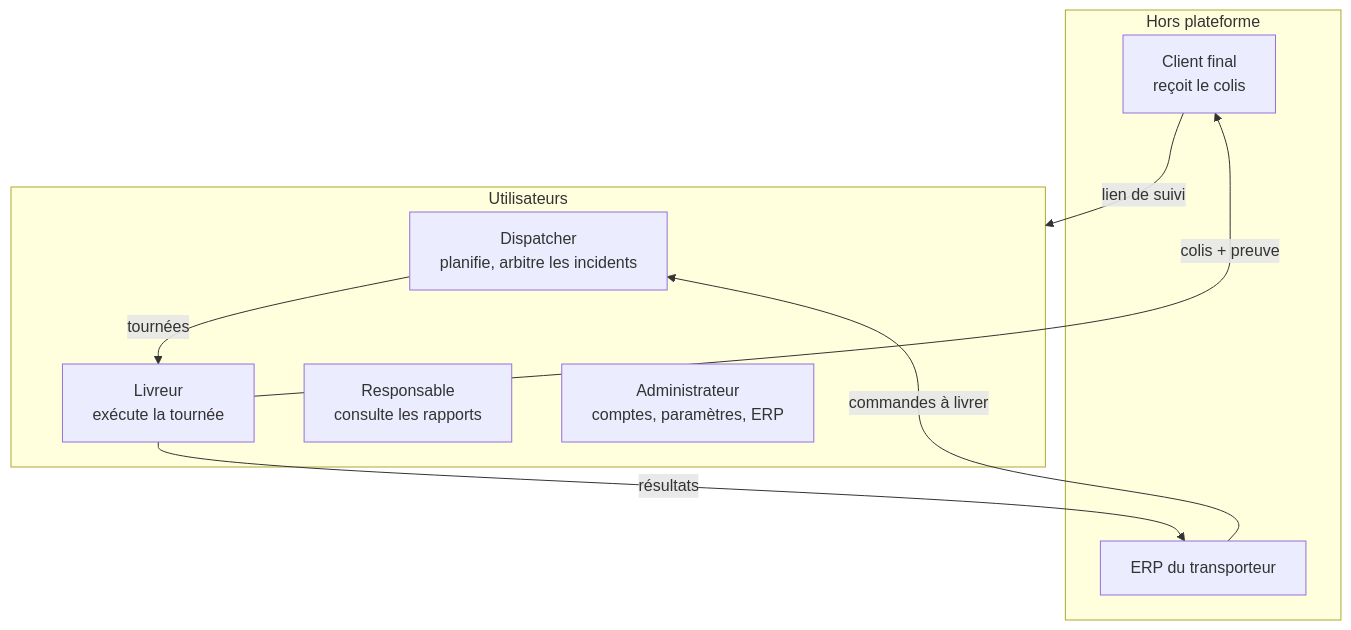
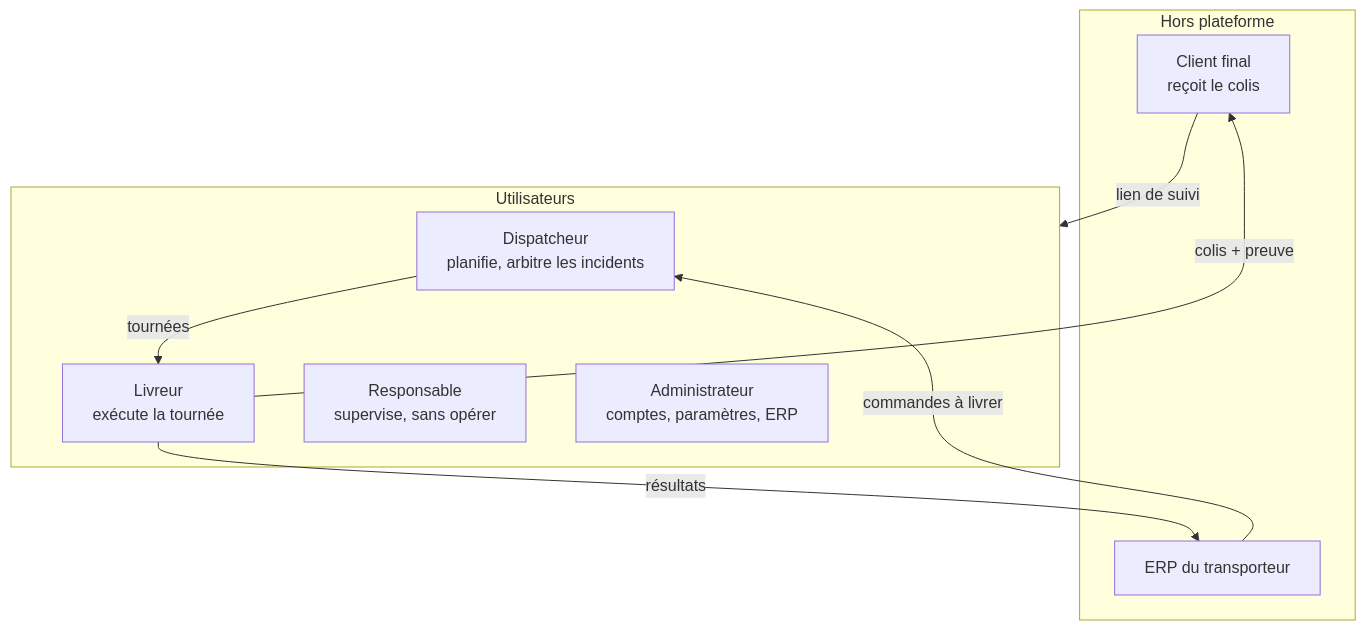
The third of 3 diagrams in docs/projet/contexte.md (Moaziz667/asm-track), drawn with Mermaid before and after one commit. The commit also changed other lines of this file and 11 other files, not shown here.

````diff
--- a/docs/projet/contexte.md
+++ b/docs/projet/contexte.md
@@ -78,19 +78,19 @@
 ```mermaid
 flowchart TB
     subgraph Ext["Hors plateforme"]
         C["Client final<br/>reçoit le colis"]
         E["ERP du transporteur"]
     end
     subgraph Int["Utilisateurs"]
-        D["Dispatcher<br/>planifie, arbitre les incidents"]
+        D["Dispatcheur<br/>planifie, arbitre les incidents"]
         L["Livreur<br/>exécute la tournée"]
-        M["Responsable<br/>consulte les rapports"]
+        M["Responsable<br/>supervise, sans opérer"]
         A["Administrateur<br/>comptes, paramètres, ERP"]
     end
 
     E -->|commandes à livrer| D
     D -->|tournées| L
     L -->|colis + preuve| C
     C -->|lien de suivi| Int
     L -->|résultats| E
 ```
````
